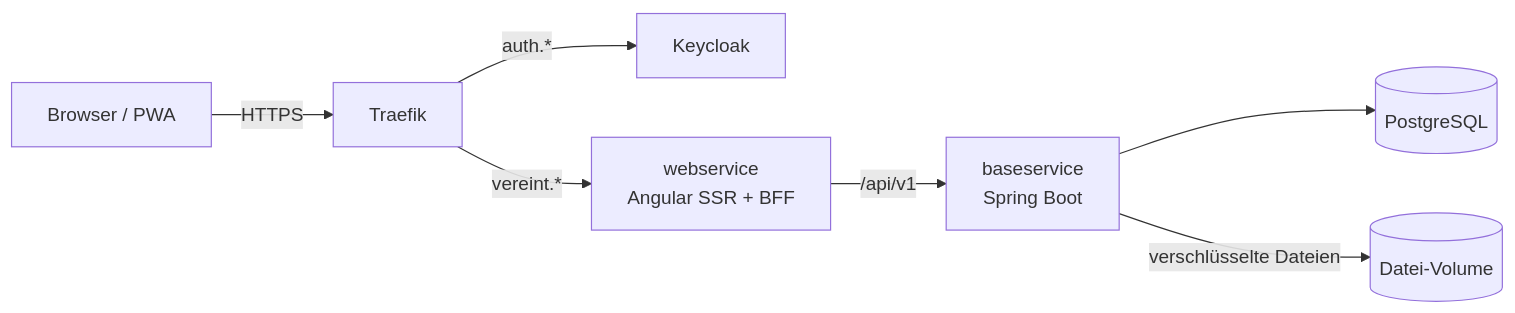
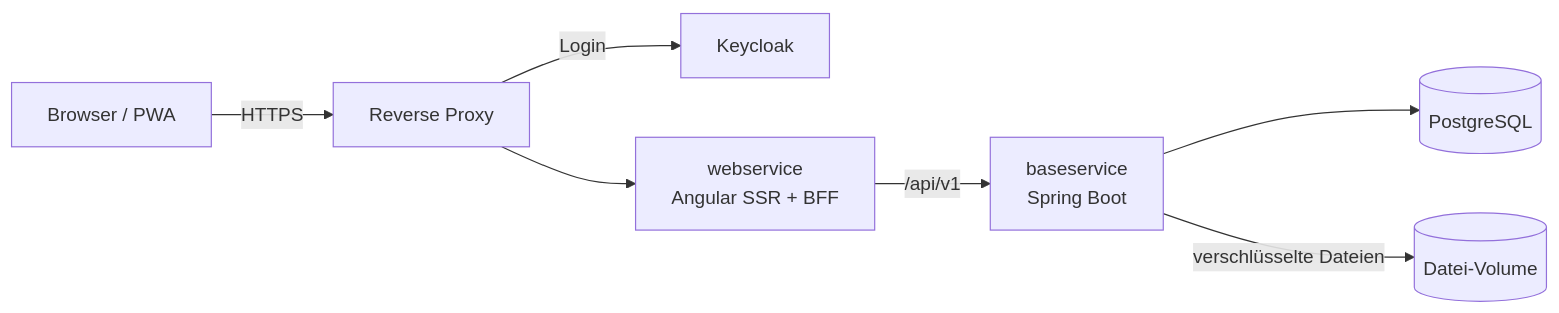
One commit to damaurer/vereint changed the diagram in README.md. Above: the diagram before and after it, drawn with Mermaid. The commit also changed other lines of this file and 30 other files, not shown here.

````diff
--- a/README.md
+++ b/README.md
@@ -61,9 +61,9 @@
 ```mermaid
 graph LR
-    Browser["Browser / PWA"] -->|HTTPS| Traefik
-    Traefik -->|"auth.*"| Keycloak
-    Traefik -->|"vereint.*"| Web["webservice<br/>Angular SSR + BFF"]
+    Browser["Browser / PWA"] -->|HTTPS| Proxy["Reverse Proxy"]
+    Proxy -->|Login| Keycloak
+    Proxy --> Web["webservice<br/>Angular SSR + BFF"]
     Web -->|"/api/v1"| Base["baseservice<br/>Spring Boot"]
     Base --> PG[("PostgreSQL")]
     Base -->|"verschlüsselte Dateien"| Files[("Datei-Volume")]
 ```
````
